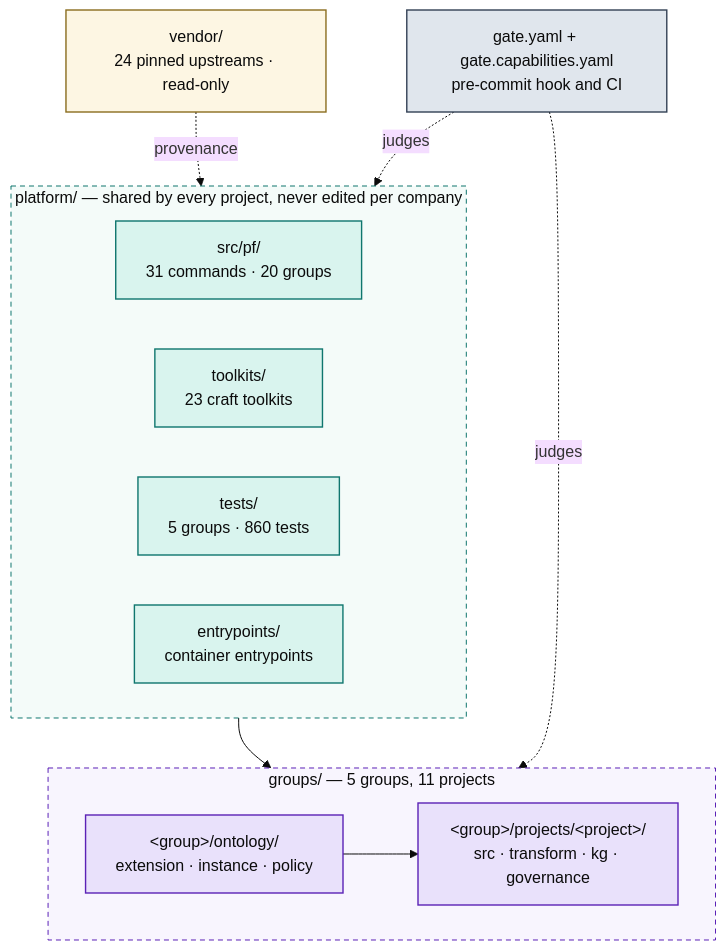
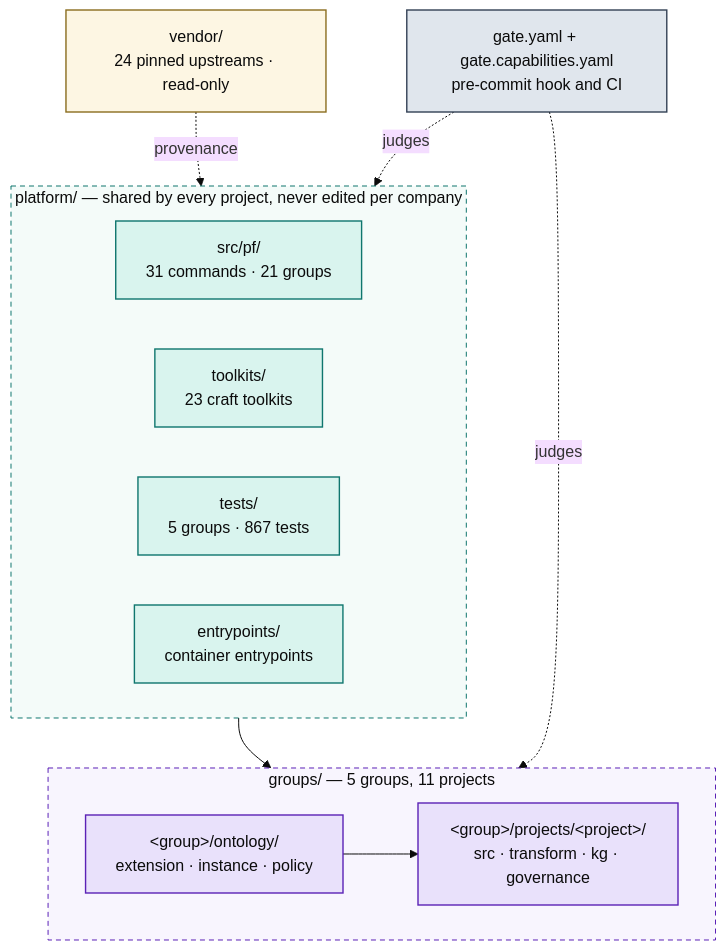
Before and after one commit to Atomz-org/data-platform: the first of 5 diagrams in docs/ARCHITECTURE.md, drawn with Mermaid (base theme). The commit also changed other lines of this file and 11 other files, not shown here.

````diff
--- a/docs/ARCHITECTURE.md
+++ b/docs/ARCHITECTURE.md
@@ -15,36 +15,36 @@
 ```mermaid
 flowchart TB
   subgraph SHARED["platform/ — shared by every project, never edited per company"]
     direction LR
-    ENG["src/pf/<br/>31 commands · 20 groups"]
+    ENG["src/pf/<br/>31 commands · 21 groups"]
     TK["toolkits/<br/>23 craft toolkits"]
-    TST["tests/<br/>5 groups · 860 tests"]
+    TST["tests/<br/>5 groups · 867 tests"]
     ENT["entrypoints/<br/>container entrypoints"]
   end
 
   subgraph ENTITIES["groups/ — 5 groups, 11 projects"]
     direction LR
     GRP["&lt;group&gt;/ontology/<br/>extension · instance · policy"]
     PRJ["&lt;group&gt;/projects/&lt;project&gt;/<br/>src · transform · kg · governance"]
     GRP --> PRJ
   end
 
   VEN["vendor/<br/>24 pinned upstreams · read-only"]
   GATE["gate.yaml + gate.capabilities.yaml<br/>pre-commit hook and CI"]
 
   SHARED --> ENTITIES
   VEN -.provenance.-> SHARED
   GATE -.judges.-> ENTITIES
   GATE -.judges.-> SHARED
 
   classDef code fill:#d9f4ee,stroke:#0f766e,stroke-width:1.4px,color:#0b0b0b
   classDef data fill:#e9e1fb,stroke:#5b21b6,stroke-width:1.4px,color:#0b0b0b
   classDef gov fill:#e0e6ed,stroke:#334155,stroke-width:1.4px,color:#0b0b0b
   classDef ext fill:#fdf6e3,stroke:#8a6d1f,stroke-width:1.4px,color:#0b0b0b
   class ENG,TK,TST,ENT code
   class GRP,PRJ data
   class GATE gov
   class VEN ext
   style SHARED fill:#f4fbf9,stroke:#0f766e,stroke-dasharray:5 4,color:#0b0b0b
   style ENTITIES fill:#f8f5fe,stroke:#5b21b6,stroke-dasharray:5 4,color:#0b0b0b
 ```
````
